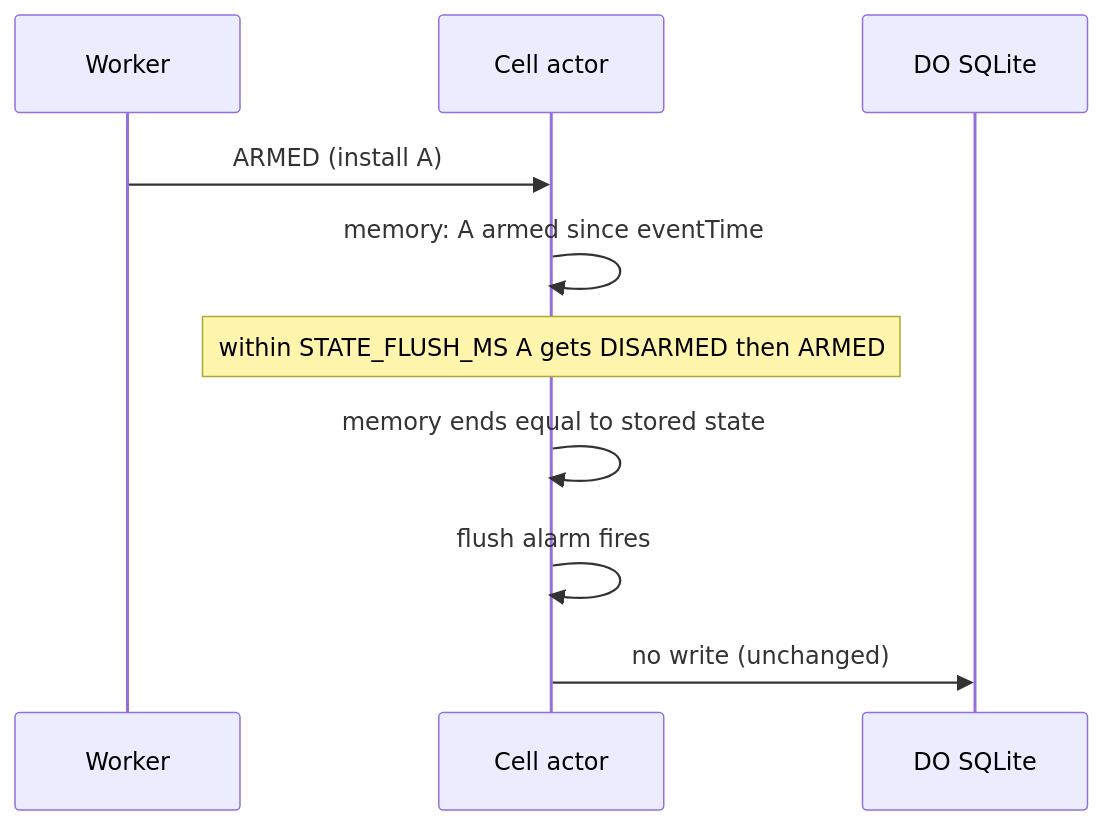
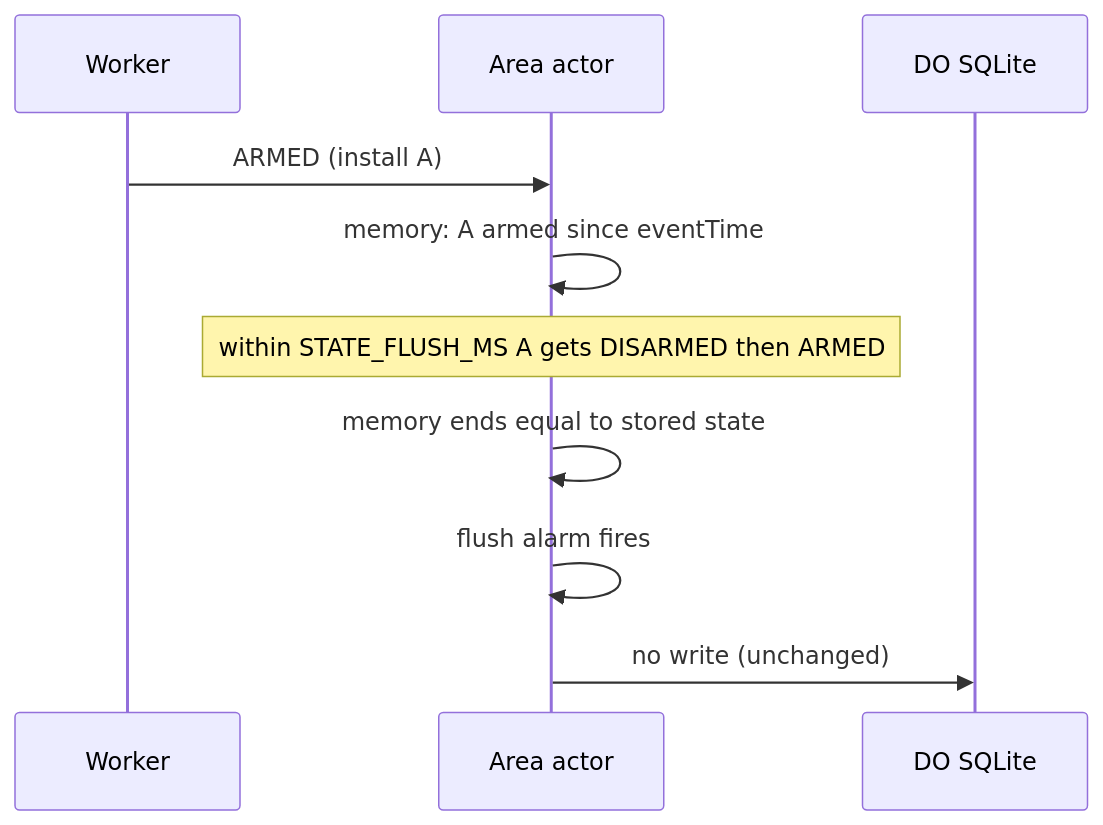
Before and after one commit to 3akare/outage: the fifth of 6 diagrams in .kiro/specs/event-ingest/design.md, drawn with Mermaid. The commit also changed other lines of this file and 50 other files, not shown here.

Commit message:
feat: area-cells helpers and public view, web page kit and pages, onboarding flow, alarm strings [spec:area-cells,web-and-area-pages,onboarding,alerts-and-light-alarm task:batch]

````diff
--- a/.kiro/specs/event-ingest/design.md
+++ b/.kiro/specs/event-ingest/design.md
@@ -147,12 +147,12 @@
 ```mermaid
 sequenceDiagram
     participant W as Worker
-    participant C as Cell actor
+    participant C as Area actor
     participant SQL as DO SQLite
     W->>C: ARMED (install A)
     C->>C: memory: A armed since eventTime
     Note over C: within STATE_FLUSH_MS A gets DISARMED then ARMED
     C->>C: memory ends equal to stored state
     C->>C: flush alarm fires
     C->>SQL: no write (unchanged)
 ```
````
